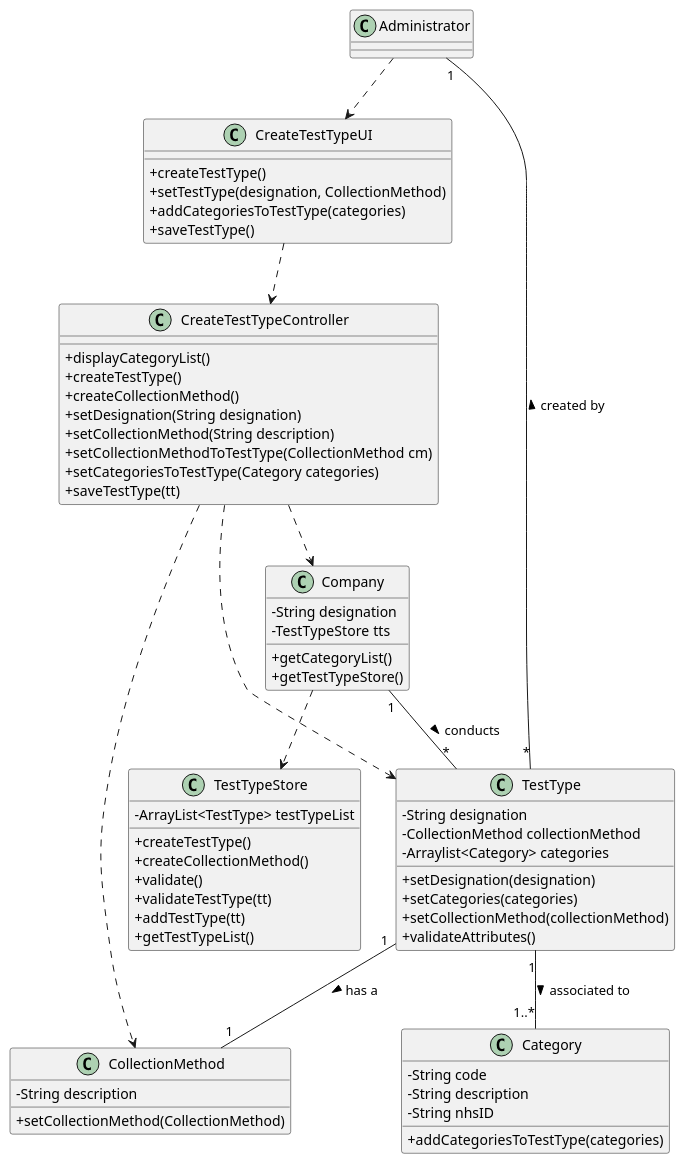
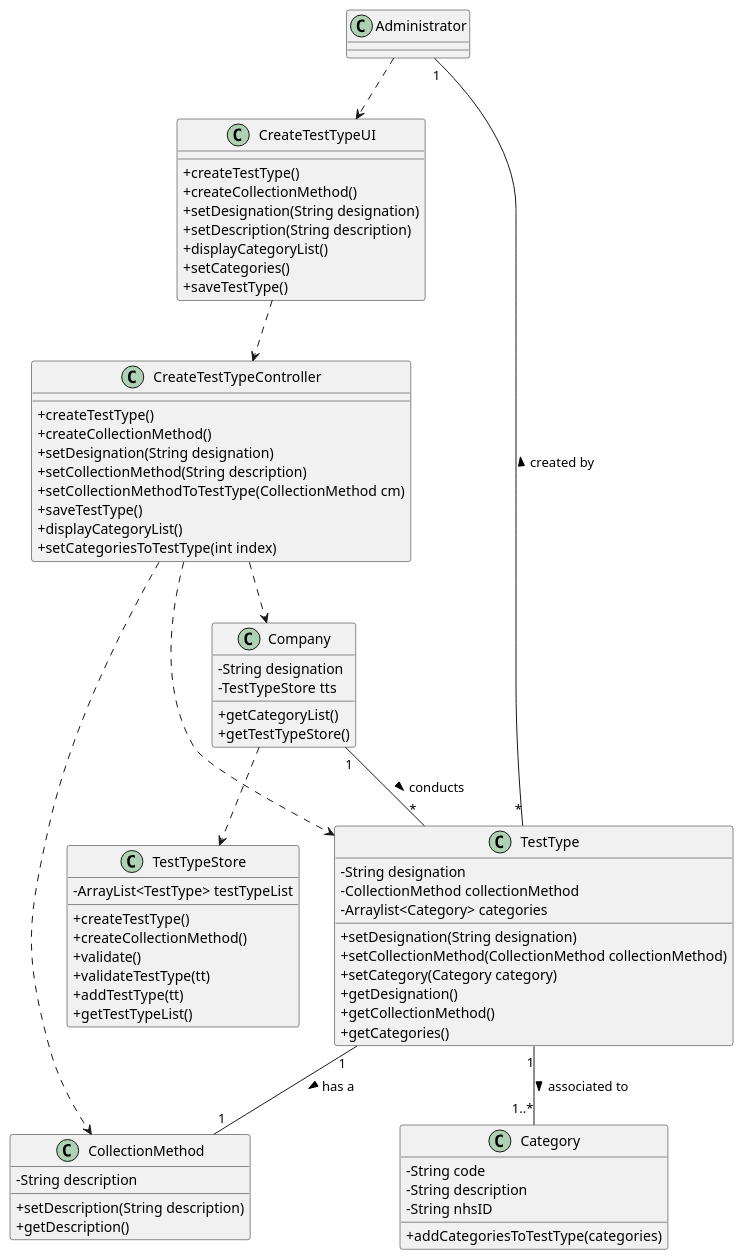
One commit to MadDinosaur/ISEP-LAPR2 changed the diagram in docs/SprintB/US9/US9_CD.puml. Above: the diagram before and after it, drawn with PlantUML. The commit also changed 13 other files, not shown here.

```diff
--- a/docs/SprintB/US9/US9_CD.puml
+++ b/docs/SprintB/US9/US9_CD.puml
@@ -1,69 +1,76 @@
 @startuml
 
 skinparam classAttributeIconSize 0
 
 class Administrator
 class CreateTestTypeUI {
 +createTestType()
-+setTestType(designation, CollectionMethod)
-+addCategoriesToTestType(categories)
++createCollectionMethod()
++setDesignation(String designation)
++setDescription(String description)
++displayCategoryList()
++setCategories()
 +saveTestType()
 }
 class CreateTestTypeController {
-+displayCategoryList()
 +createTestType()
 +createCollectionMethod()
 +setDesignation(String designation)
 +setCollectionMethod(String description)
 +setCollectionMethodToTestType(CollectionMethod cm)
-+setCategoriesToTestType(Category categories)
-+saveTestType(tt)
++saveTestType()
++displayCategoryList()
++setCategoriesToTestType(int index)
 }
 class CollectionMethod {
 -String description
-+setCollectionMethod(CollectionMethod)
++setDescription(String description)
++getDescription()
+
 }
 class TestType {
 -String designation
 -CollectionMethod collectionMethod
 -Arraylist<Category> categories
-+setDesignation(designation)
-+setCategories(categories)
-+setCollectionMethod(collectionMethod)
-+validateAttributes()
++setDesignation(String designation)
++setCollectionMethod(CollectionMethod collectionMethod)
++setCategory(Category category)
++getDesignation()
++getCollectionMethod()
++getCategories()
 }
 class Category {
 -String code
 -String description
 -String nhsID
 +addCategoriesToTestType(categories)
 }
 class Company {
 -String designation
 -TestTypeStore tts
 +getCategoryList()
 +getTestTypeStore()
 }
 
 class TestTypeStore {
 -ArrayList<TestType> testTypeList
 +createTestType()
 +createCollectionMethod()
 +validate()
 +validateTestType(tt)
 +addTestType(tt)
 +getTestTypeList()
 }
 
 Administrator ..> CreateTestTypeUI
 CreateTestTypeUI ..> CreateTestTypeController
 TestType "*"-up-"1" Administrator : created by >
 Category "1..*"-up-"1" TestType  : associated to <
 TestType "1"--"1" CollectionMethod : has a  >
 Company "1"-down-"*" TestType : conducts >
 CreateTestTypeController ..> Company
 CreateTestTypeController ..> TestType
 CreateTestTypeController ..> CollectionMethod
 Company ..> TestTypeStore
 
 @enduml
```
